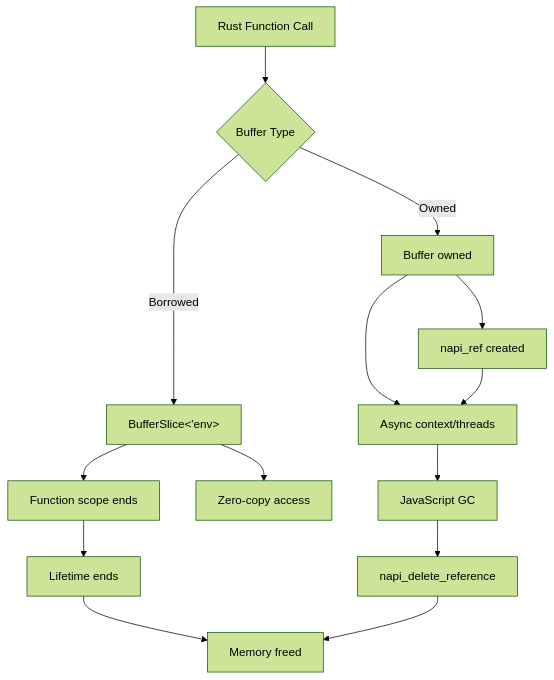
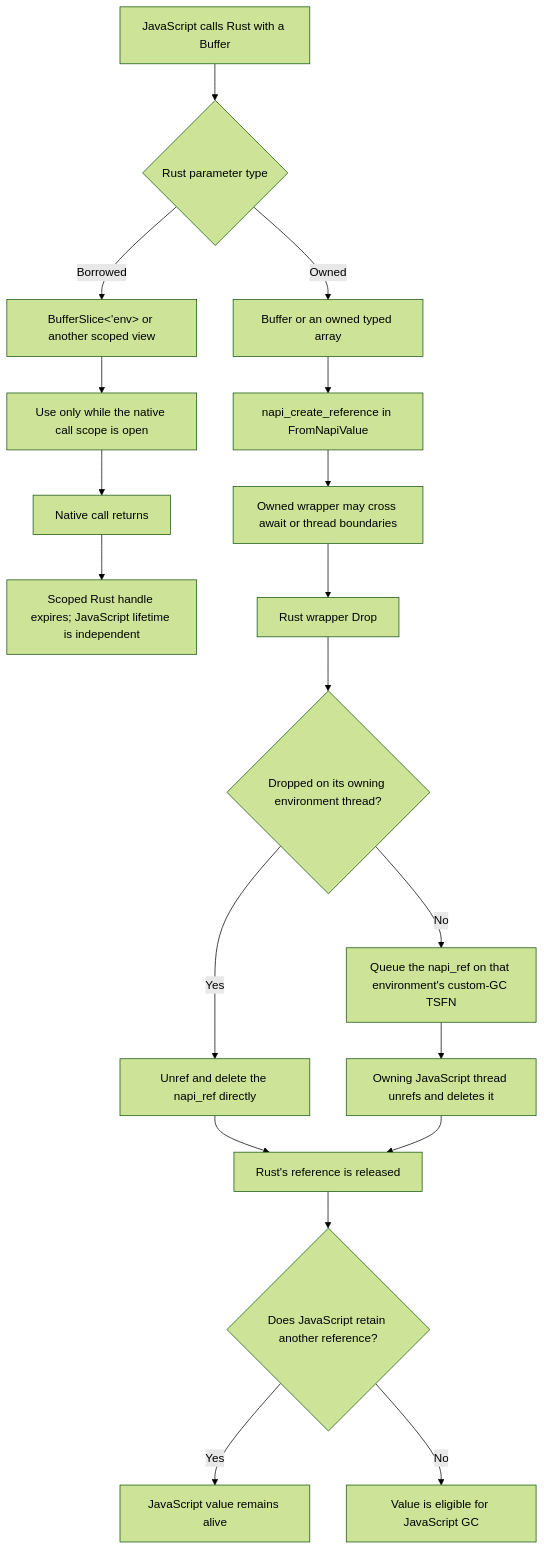
One commit to napi-rs/website changed the second of 2 diagrams in content/docs/concepts/understanding-lifetime.en.mdx. Above: the diagram before and after it, drawn with Mermaid (forest theme). The commit also changed other lines of this file and 299 other files, not shown here.

````diff
--- a/content/docs/concepts/understanding-lifetime.en.mdx
+++ b/content/docs/concepts/understanding-lifetime.en.mdx
@@ -168,29 +197,40 @@
 ```mermaid
 flowchart TD
-    A[Rust Function Call]
-    B{Buffer Type}
-    C[BufferSlice&lt;'env&gt;]
-    D[Buffer owned]
-    E[Function scope ends]
-    F[napi_ref created]
-    G[Zero-copy access]
-    H[Lifetime ends]
-    I[Async context/threads]
-    J[JavaScript GC]
-    K[napi_delete_reference]
-    L[Memory freed]
+    A[JavaScript calls Rust with a Buffer]
+    B{Rust parameter type}
+    C[BufferSlice&lt;'env&gt; or another scoped view]
+    D[Use only while the native call scope is open]
+    E[Native call returns]
+    F[Scoped Rust handle expires; JavaScript lifetime is independent]
+    G[Buffer or an owned typed array]
+    H[napi_create_reference in FromNapiValue]
+    I[Owned wrapper may cross await or thread boundaries]
+    J[Rust wrapper Drop]
+    K{Dropped on its owning environment thread?}
+    L[Unref and delete the napi_ref directly]
+    M[Queue the napi_ref on that environment's custom-GC TSFN]
+    N[Owning JavaScript thread unrefs and deletes it]
+    O[Rust's reference is released]
+    P{Does JavaScript retain another reference?}
+    Q[JavaScript value remains alive]
+    R[Value is eligible for JavaScript GC]
 
     A --> B
     B -->|Borrowed| C
-    B -->|Owned| D
-    C --> G
-    D --> F
-    C --> E
-    E --> H
-    H --> L
-    D --> I
-    F --> I
+    C --> D
+    D --> E
+    E --> F
+    B -->|Owned| G
+    G --> H
+    H --> I
     I --> J
     J --> K
-    K --> L
+    K -->|Yes| L
+    K -->|No| M
+    M --> N
+    L --> O
+    N --> O
+    O --> P
+    P -->|Yes| Q
+    P -->|No| R
 ```
````
